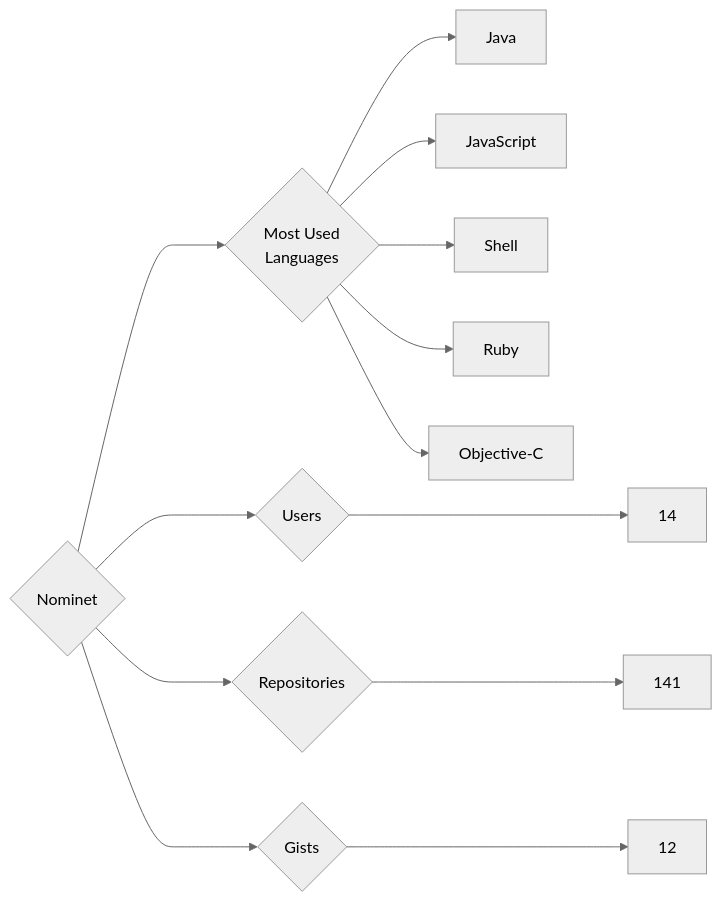
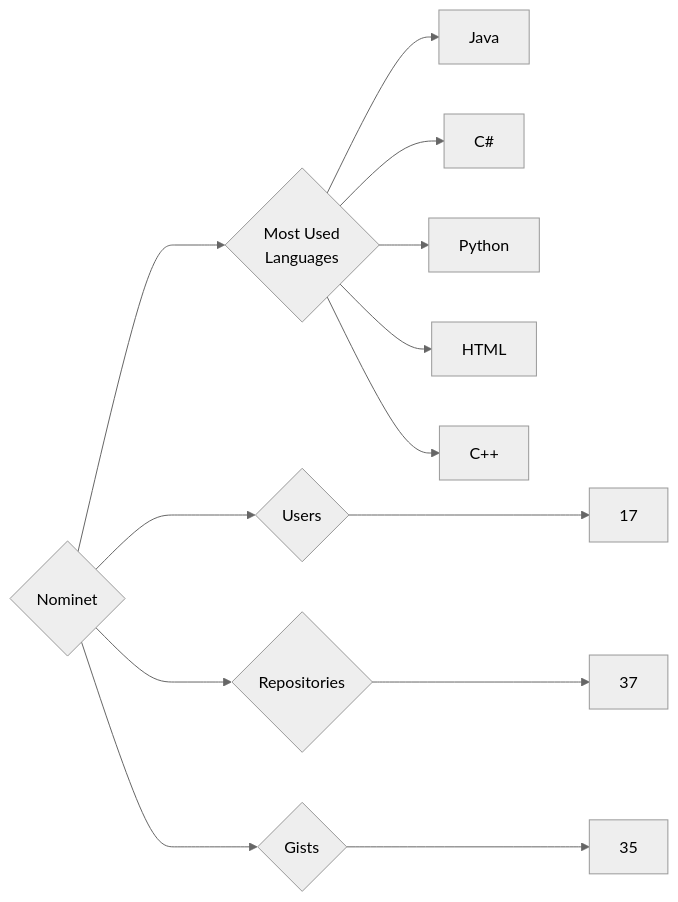
The diagram in targets/Nominet/README.md (trickest/insiders), drawn with Mermaid (neutral theme) before and after one commit. The commit also changed 970 other files, not shown here.

````diff
--- a/targets/Nominet/README.md
+++ b/targets/Nominet/README.md
@@ -3,13 +3,13 @@
 ```mermaid
 graph LR
 COMPANY_NAME{Nominet}
-COMPANY_NAME ---> U{Users} ---> UN[14]
-COMPANY_NAME ---> R{Repositories} ---> RN[141]
-COMPANY_NAME ---> G{Gists} ---> GN[12]
+COMPANY_NAME ---> U{Users} ---> UN[17]
+COMPANY_NAME ---> R{Repositories} ---> RN[37]
+COMPANY_NAME ---> G{Gists} ---> GN[35]
 COMPANY_NAME ---> ML{Most Used<br>Languages}
 ML --> Java[Java]
-ML --> JavaScript[JavaScript]
-ML --> Shell[Shell]
-ML --> Ruby[Ruby]
-ML --> Objective-C[Objective-C]
+ML --> C#[C#]
+ML --> Python[Python]
+ML --> HTML[HTML]
+ML --> C++[C++]
 ```
````
